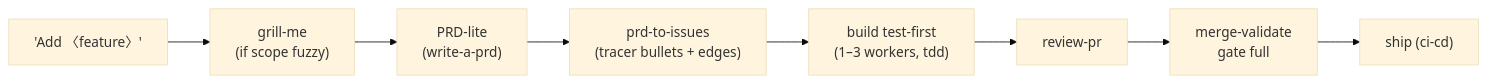
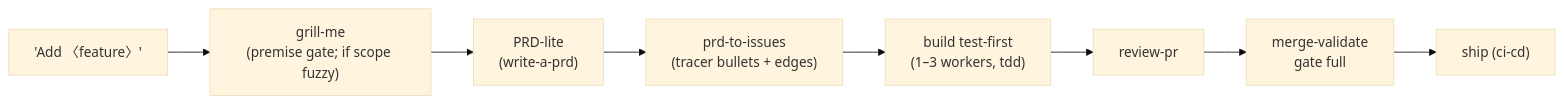
Before and after one commit to KSriki/agent-harness-template: the second of 5 diagrams in docs/workflows.md, drawn with Mermaid (base theme). The commit also changed 9 other files, not shown here.

First line of the commit message:
feat(harness): premise gate — premise-reviewer agent + grill-me Round 0, kill criteria, human-override-by-design (63j)

````diff
--- a/docs/workflows.md
+++ b/docs/workflows.md
@@ -40,4 +40,4 @@
 ```mermaid
 flowchart LR
-    A["'Add 〈feature〉'"] --> G["grill-me<br/>(if scope fuzzy)"] --> P["PRD-lite<br/>(write-a-prd)"] --> T["prd-to-issues<br/>(tracer bullets + edges)"] --> B["build test-first<br/>(1–3 workers, tdd)"] --> R["review-pr"] --> M["merge-validate<br/>gate full"] --> SHIP["ship (ci-cd)"]
+    A["'Add 〈feature〉'"] --> G["grill-me<br/>(premise gate; if scope fuzzy)"] --> P["PRD-lite<br/>(write-a-prd)"] --> T["prd-to-issues<br/>(tracer bullets + edges)"] --> B["build test-first<br/>(1–3 workers, tdd)"] --> R["review-pr"] --> M["merge-validate<br/>gate full"] --> SHIP["ship (ci-cd)"]
 ```
````
